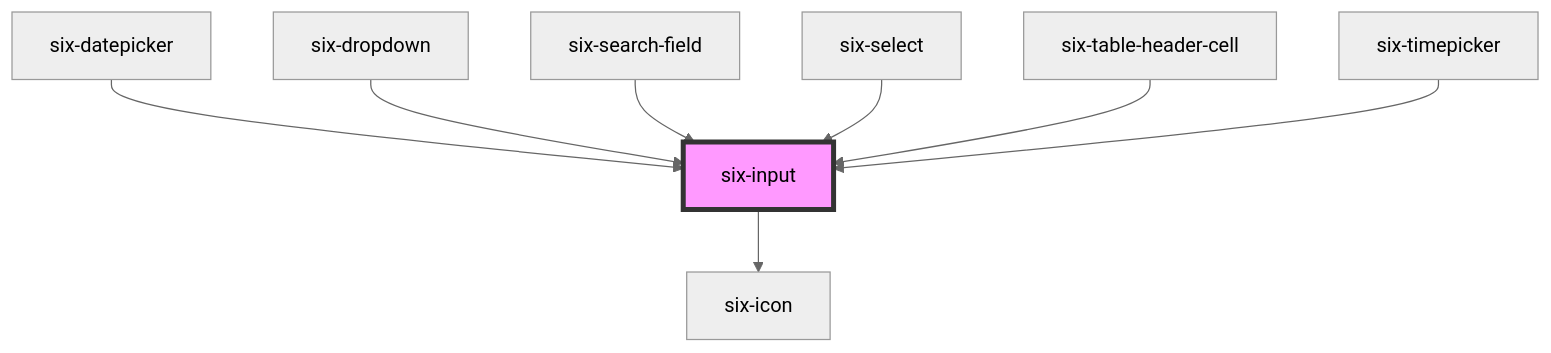
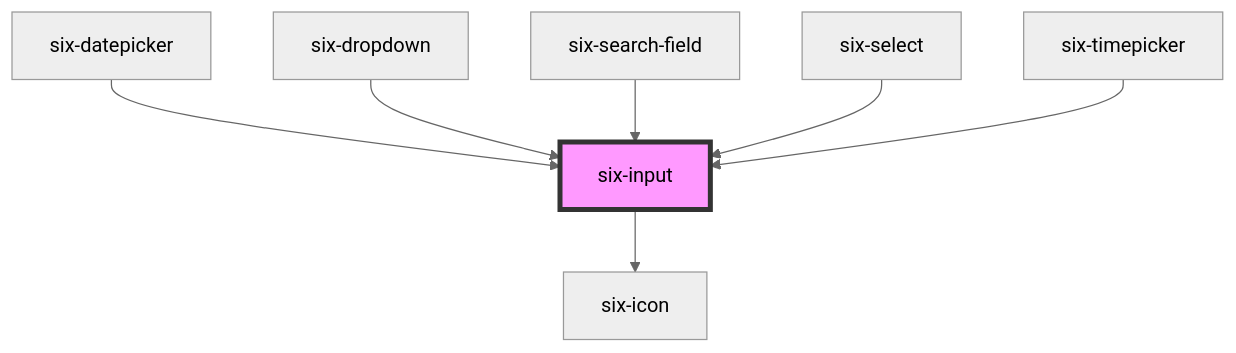
The diagram in packages/ui-library/src/components/six-input/readme.md (six-group/six-webcomponents), drawn with Mermaid (neutral theme) before and after one commit. The commit also changed other lines of this file and 158 other files, not shown here.

````diff
--- a/packages/ui-library/src/components/six-input/readme.md
+++ b/packages/ui-library/src/components/six-input/readme.md
@@ -225,11 +224,10 @@
 ```mermaid
 graph TD;
   six-input --> six-icon
   six-datepicker --> six-input
   six-dropdown --> six-input
   six-search-field --> six-input
   six-select --> six-input
-  six-table-header-cell --> six-input
   six-timepicker --> six-input
   style six-input fill:#f9f,stroke:#333,stroke-width:4px
 ```
````
